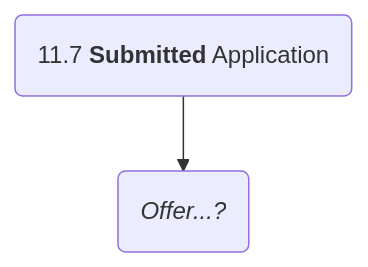
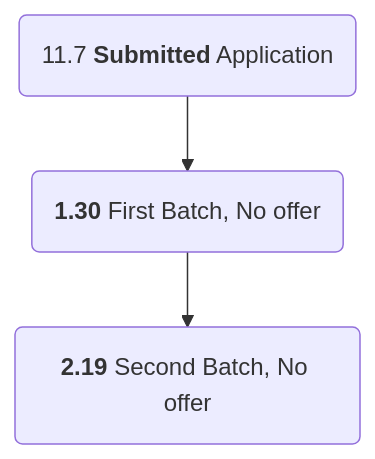
Before and after one commit to Revive-dontwanttocode/Revive-dontwanttocode.github.io: the second of 14 diagrams in _posts/2023-12-15-24Fall申请记录.md, drawn with Mermaid. The commit also changed other lines of this file and 2 other files, not shown here.

````diff
--- a/_posts/2023-12-15-24Fall申请记录.md
+++ b/_posts/2023-12-15-24Fall申请记录.md
@@ -90,6 +89,7 @@
 ```mermaid
 flowchart 
     Stage1("`11.7 **Submitted** Application`")
-    Stage2("`*Offer...?*`")
-    Stage1 --> Stage2
+    FirstBatch("`**1.30** First Batch, No offer`")
+    SecondBatch("`**2.19** Second Batch, No offer`")
+    Stage1 --> FirstBatch --> SecondBatch
 ```
````
